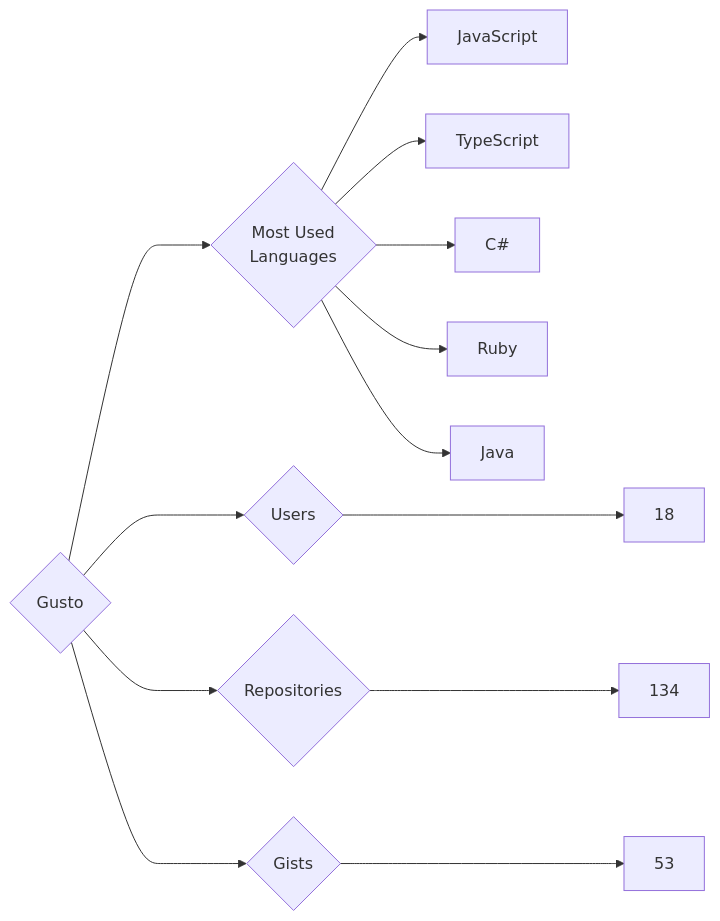
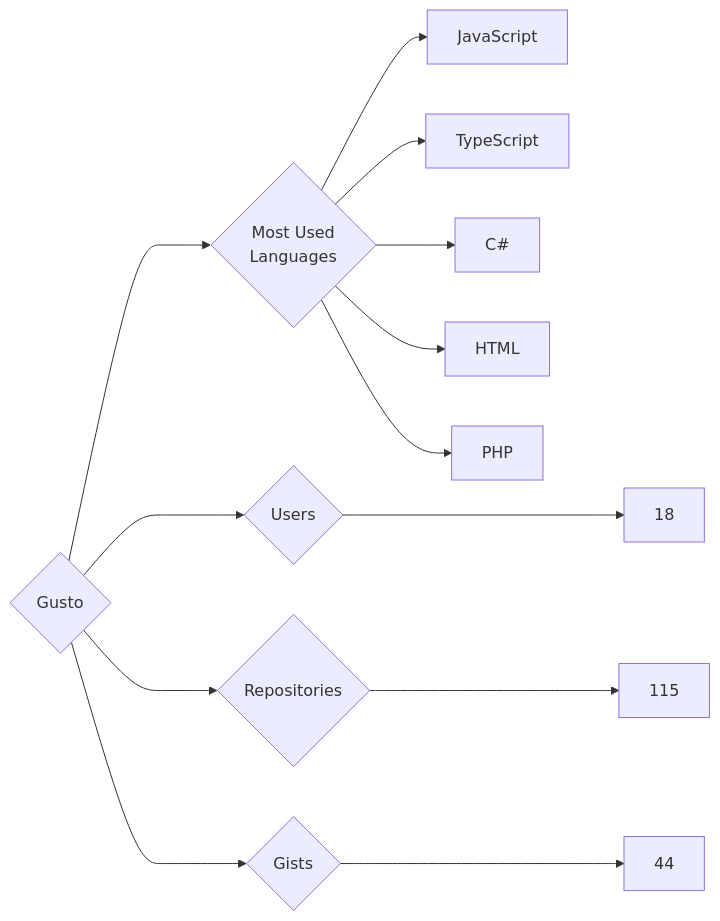
Before and after one commit to trickest/insiders: the diagram in targets/Gusto/README.md, drawn with Mermaid. The commit also changed 1084 other files, not shown here.

````diff
--- a/targets/Gusto/README.md
+++ b/targets/Gusto/README.md
@@ -3,13 +3,13 @@
 ```mermaid
 graph LR
 COMPANY_NAME{Gusto}
 COMPANY_NAME ---> U{Users} ---> UN[18]
-COMPANY_NAME ---> R{Repositories} ---> RN[134]
-COMPANY_NAME ---> G{Gists} ---> GN[53]
+COMPANY_NAME ---> R{Repositories} ---> RN[115]
+COMPANY_NAME ---> G{Gists} ---> GN[44]
 COMPANY_NAME ---> ML{Most Used<br>Languages}
 ML --> JavaScript[JavaScript]
 ML --> TypeScript[TypeScript]
 ML --> C#[C#]
-ML --> Ruby[Ruby]
-ML --> Java[Java]
+ML --> HTML[HTML]
+ML --> PHP[PHP]
 ```
````
